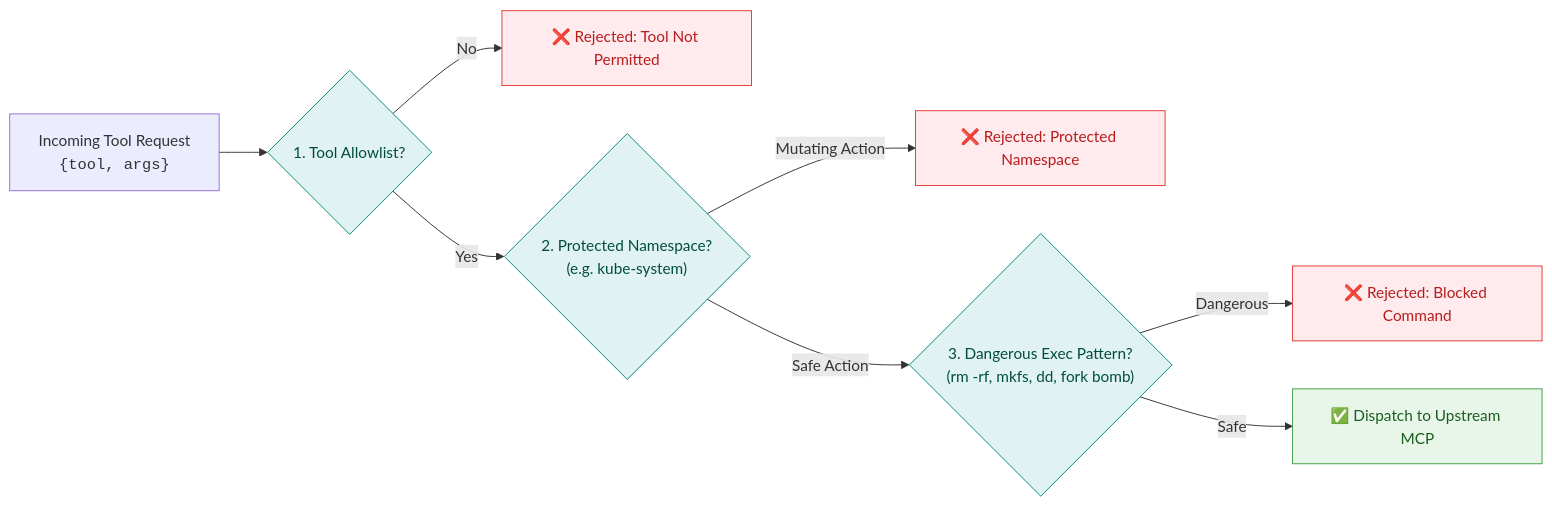
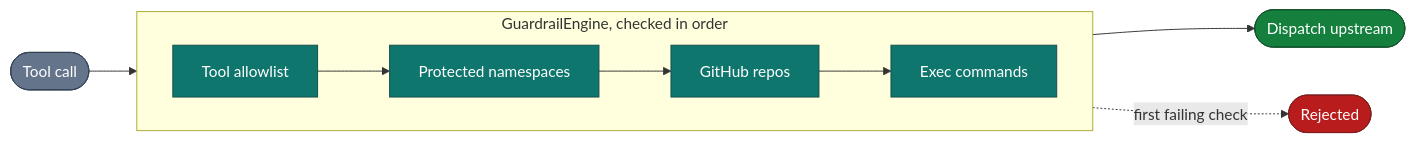
The second of 2 diagrams in packages/mcps/homelab-mcp/README.md (csp33/homelab-ai-ops), drawn with Mermaid before and after one commit. The commit also changed other lines of this file and 41 other files, not shown here.

First line of the commit message:
feat(lyoko): one routed graph for chat and alerts, approval gate, and guardrail fix (#17)

````diff
--- a/packages/mcps/homelab-mcp/README.md
+++ b/packages/mcps/homelab-mcp/README.md
@@ -77,18 +55,20 @@
 ```mermaid
 flowchart LR
-    REQ["Incoming Tool Request<br/><code>{tool, args}</code>"] --> C1{"1. Tool Allowlist?"}
-    C1 -- No --> ERR1["❌ Rejected: Tool Not Permitted"]
-    C1 -- Yes --> C2{"2. Protected Namespace?<br/>(e.g. kube-system)"}
-    C2 -- Mutating Action --> ERR2["❌ Rejected: Protected Namespace"]
-    C2 -- Safe Action --> C3{"3. Dangerous Exec Pattern?<br/>(rm -rf, mkfs, dd, fork bomb)"}
-    C3 -- Dangerous --> ERR3["❌ Rejected: Blocked Command"]
-    C3 -- Safe --> EXEC["✅ Dispatch to Upstream MCP"]
+    REQ([Tool call]) --> C1[Tool allowlist]
+    subgraph GE["GuardrailEngine, checked in order"]
+        direction LR
+        C1 --> C2[Protected namespaces] --> C3[GitHub repos] --> C4[Exec commands]
+    end
+    C4 --> OK([Dispatch upstream])
+    GE -.->|first failing check| X([Rejected])
 
-    classDef reject fill:#ffebee,stroke:#e53935,stroke-width:1px,color:#b71c1c;
-    classDef pass fill:#e8f5e9,stroke:#43a047,stroke-width:1px,color:#1b5e20;
-    classDef check fill:#e0f2f1,stroke:#00897b,stroke-width:1px,color:#004d40;
+    classDef check fill:#0f766e,stroke:#134e4a,color:#fff;
+    classDef reject fill:#b91c1c,stroke:#7f1d1d,color:#fff;
+    classDef pass fill:#15803d,stroke:#14532d,color:#fff;
+    classDef entry fill:#64748b,stroke:#334155,color:#fff;
 
-    class C1,C2,C3 check;
-    class ERR1,ERR2,ERR3 reject;
-    class EXEC pass;
+    class C1,C2,C3,C4 check;
+    class X reject;
+    class OK pass;
+    class REQ entry;
 ```
````
